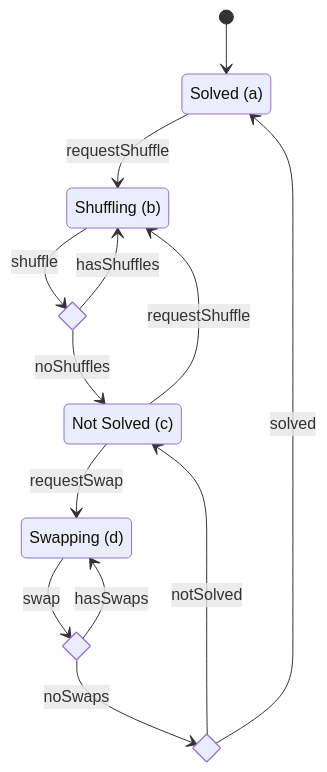
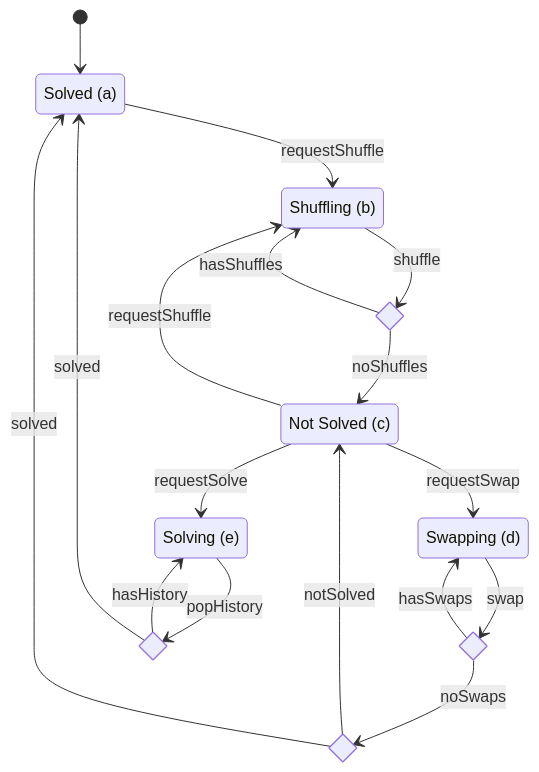
One commit to grancalavera/15-puzzle changed the diagram in README.md. Above: the diagram before and after it, drawn with Mermaid.

Commit message:
add solving state

````diff
--- a/README.md
+++ b/README.md
@@ -3,34 +3,33 @@
 ```mermaid
 stateDiagram
     a: Solved (a)
     b: Shuffling (b)
     c: Not Solved (c)
     d: Swapping (d)
 
     state c1 <<choice>>
     state c2 <<choice>>
     state c3 <<choice>>
 
     [*] --> a
 
     a --> b: requestShuffle
     b --> c1: shuffle
     c1 --> b: hasShuffles
     c1 --> c: noShuffles
 
     c --> b: requestShuffle
     c --> d: requestSwap
     d --> c2: swap
     c2 --> d: hasSwaps
     c2 --> c3: noSwaps
     c3 --> c: notSolved
     c3 --> a: solved
 
-    %% later on if everything works
-    %% e: Solving (e)
-    %% state c4 <<choice>>
-    %% c --> e: requestSolve
-    %% e --> c4: popHistory
-    %% c4 --> e: hasHistory
-    %% c4 --> a: solved
+    e: Solving (e)
+    state c4 <<choice>>
+    c --> e: requestSolve
+    e --> c4: popHistory
+    c4 --> e: hasHistory
+    c4 --> a: solved
 ```
````
